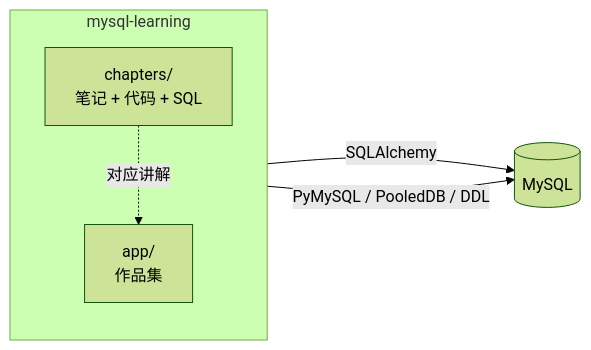
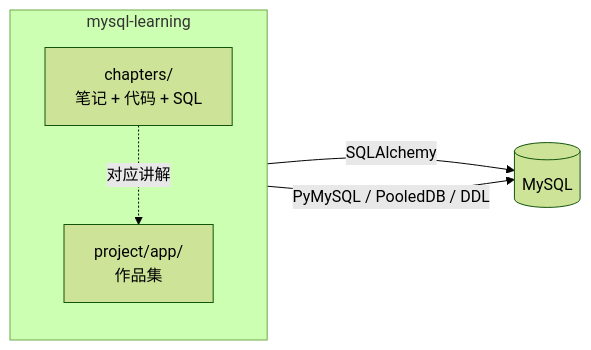
Before and after one commit to hqw77/mysql-learn: the second of 2 diagrams in docs/ARCHITECTURE.md, drawn with Mermaid (forest theme). The commit also changed other lines of this file and 64 other files, not shown here.

````diff
--- a/docs/ARCHITECTURE.md
+++ b/docs/ARCHITECTURE.md
@@ -205,12 +201,12 @@
 ```mermaid
 flowchart LR
     subgraph repo["mysql-learning"]
         direction TB
-        app["app/<br/>作品集"]
+        app["project/app/<br/>作品集"]
         chapters["chapters/<br/>笔记 + 代码 + SQL"]
     end
 
     app -->|SQLAlchemy| mysql[("MySQL")]
     chapters -->|PyMySQL / PooledDB / DDL| mysql
     chapters -.->|对应讲解| app
 ```
````
